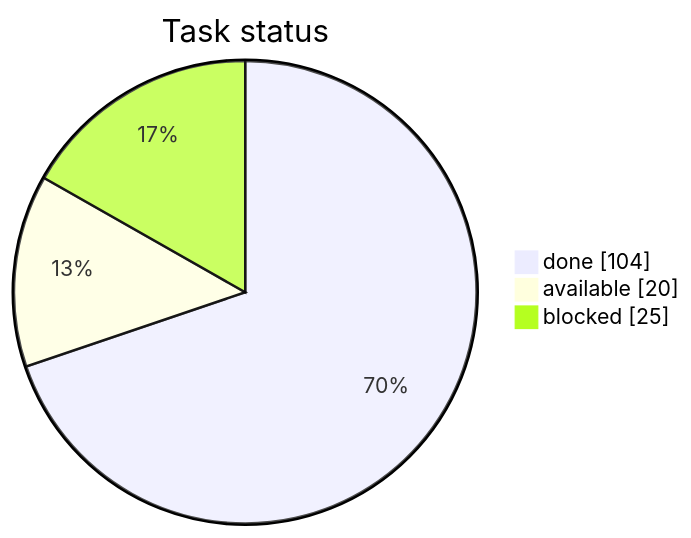
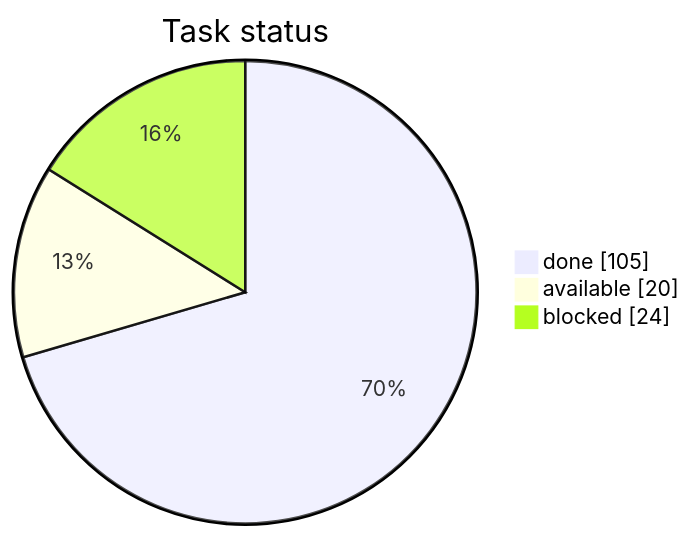
One commit to artemiiShabanov/RallyRivals changed the first of 3 diagrams in STATUS.md. Above: the diagram before and after it, drawn with Mermaid. The commit also changed other lines of this file and 1 other file, not shown here.

Commit message:
tasks: mark code-ui-career-map done

````diff
--- a/STATUS.md
+++ b/STATUS.md
@@ -7,7 +7,7 @@
 ```mermaid
 pie showData
     title Task status
-    "done" : 104
+    "done" : 105
     "available" : 20
-    "blocked" : 25
+    "blocked" : 24
 ```
````
